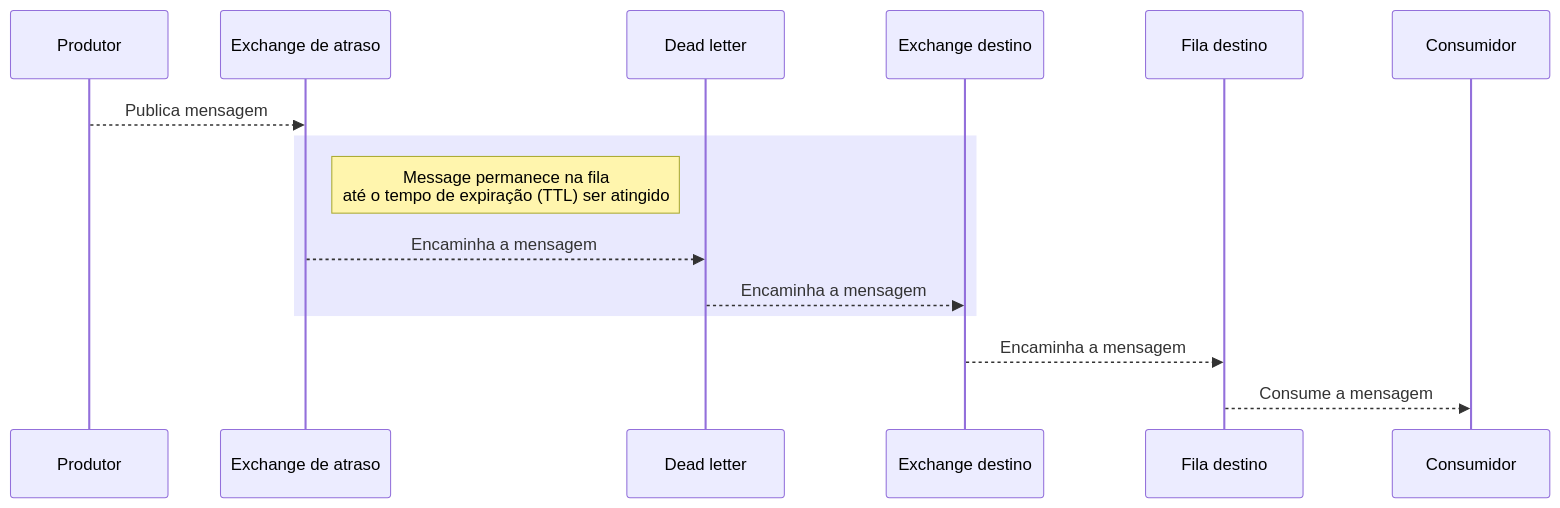
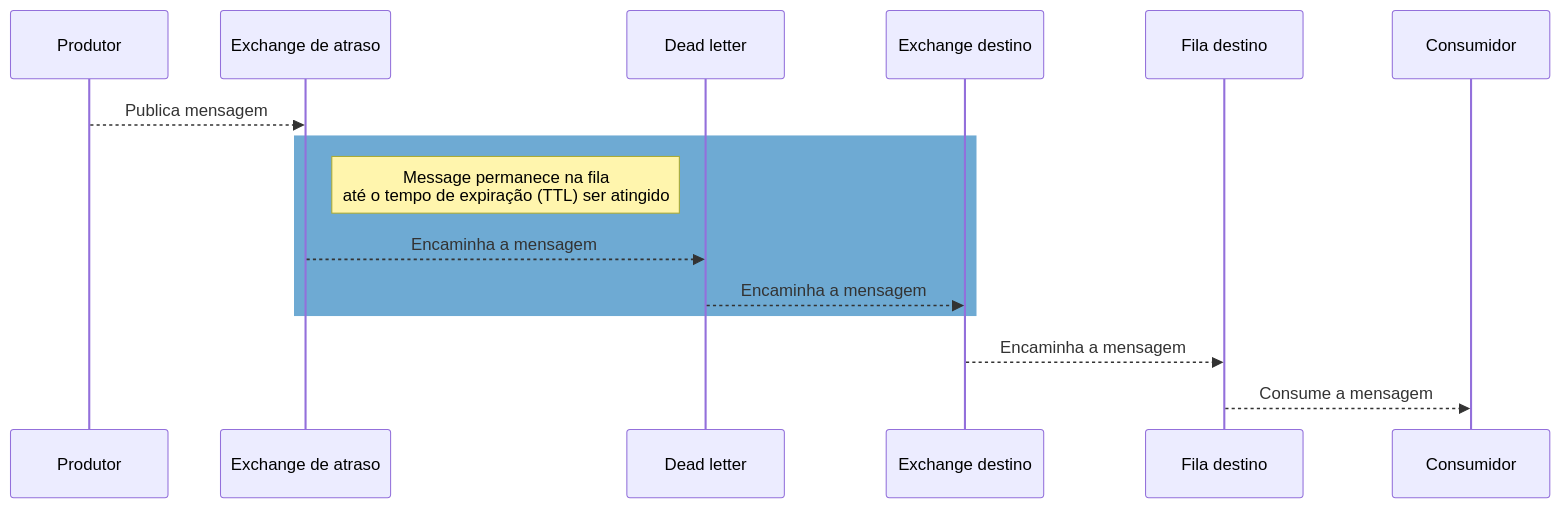
Before and after one commit to alisonsm92/delayed-rabbit: the second of 2 diagrams in readme.md, drawn with Mermaid.

Commit message:
doc: change diagram background #2

````diff
--- a/readme.md
+++ b/readme.md
@@ -24,11 +24,11 @@
 ```mermaid
 sequenceDiagram
     Produtor-->>Exchange de atraso: Publica mensagem
-    rect rgb(233, 233, 254)
+    rect rgb(110, 170, 211)
     note right of Exchange de atraso: Message permanece na fila<br>até o tempo de expiração (TTL) ser atingido
     Exchange de atraso-->>Dead letter: Encaminha a mensagem
     Dead letter-->>Exchange destino: Encaminha a mensagem
     end
     Exchange destino-->>Fila destino: Encaminha a mensagem
     Fila destino-->>Consumidor: Consume a mensagem
 ```
````
